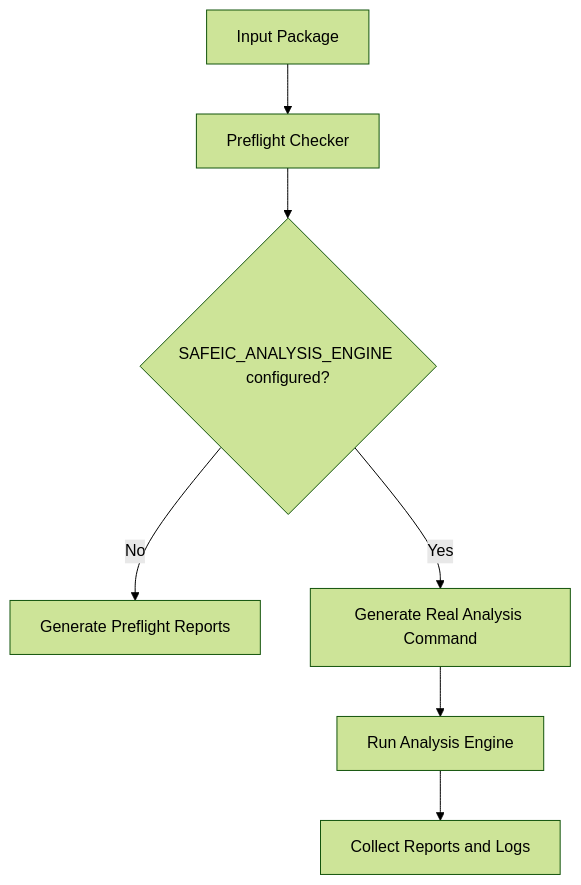
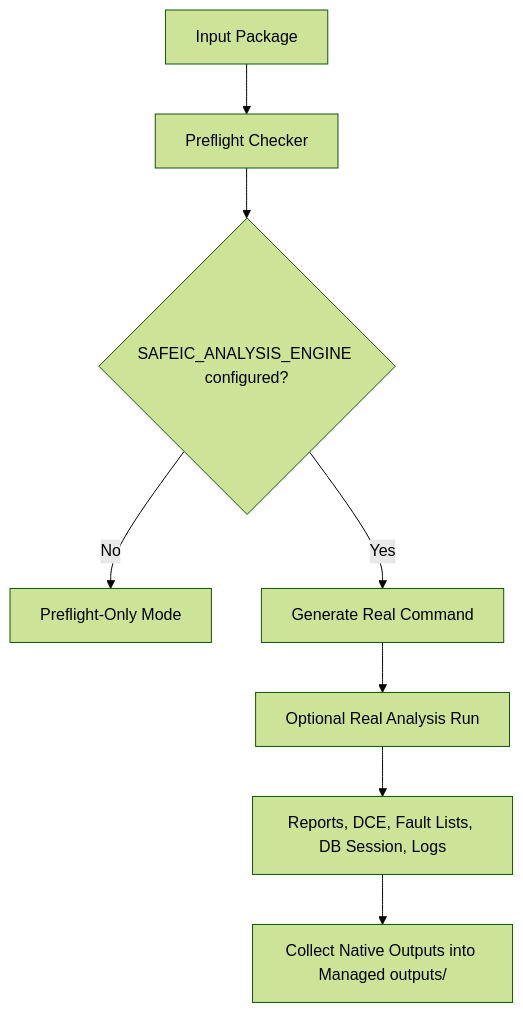
Before and after one commit to qiqixixi1001/automotive-safeic-practice: the fourth of 5 diagrams in articles/01_automotive_safeic_practice_d01_github_en_revised.md, drawn with Mermaid (forest theme). The commit also changed other lines of this file, not shown here.

````diff
--- a/articles/01_automotive_safeic_practice_d01_github_en_revised.md
+++ b/articles/01_automotive_safeic_practice_d01_github_en_revised.md
@@ -1452,9 +1322,10 @@
 ```mermaid
 flowchart TD
     A[Input Package] --> B[Preflight Checker]
     B --> C{SAFEIC_ANALYSIS_ENGINE configured?}
-    C -- No --> D[Generate Preflight Reports]
-    C -- Yes --> E[Generate Real Analysis Command]
-    E --> F[Run Analysis Engine]
-    F --> G[Collect Reports and Logs]
+    C -- No --> D[Preflight-Only Mode]
+    C -- Yes --> E[Generate Real Command]
+    E --> F[Optional Real Analysis Run]
+    F --> G[Reports, DCE, Fault Lists, DB Session, Logs]
+    G --> H[Collect Native Outputs into Managed outputs/]
 ```
````
